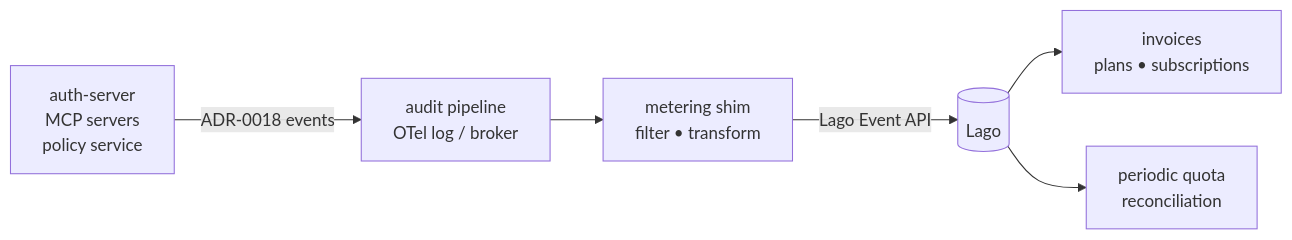
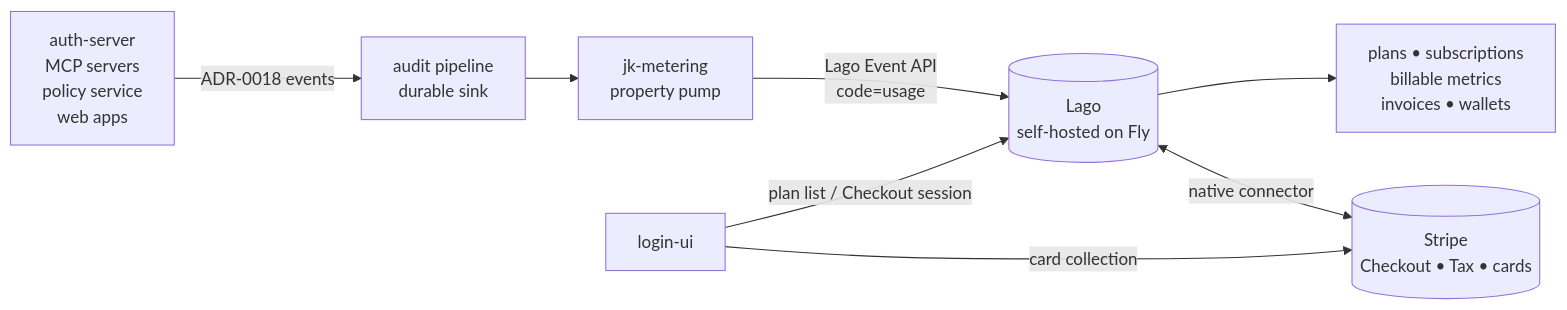
The third of 4 diagrams in docs/agentic-posture.md (jedi-knights/architecture), drawn with Mermaid before and after one commit. The commit also changed other lines of this file and 2 other files, not shown here.

````diff
--- a/docs/agentic-posture.md
+++ b/docs/agentic-posture.md
@@ -202,8 +208,10 @@
 ```mermaid
 graph LR
-    Services[auth-server<br/>MCP servers<br/>policy service] -->|ADR-0018 events| Audit[audit pipeline<br/>OTel log / broker]
-    Audit --> Meter[metering shim<br/>filter • transform]
-    Meter -->|Lago Event API| Lago[(Lago)]
-    Lago --> Inv[invoices<br/>plans • subscriptions]
-    Lago --> Quota[periodic quota<br/>reconciliation]
+    Services[auth-server<br/>MCP servers<br/>policy service<br/>web apps] -->|ADR-0018 events| Audit[audit pipeline<br/>durable sink]
+    Audit --> Meter[jk-metering<br/>property pump]
+    Meter -->|Lago Event API<br/>code=usage| Lago[(Lago<br/>self-hosted on Fly)]
+    Lago --> Inv[plans • subscriptions<br/>billable metrics<br/>invoices • wallets]
+    Lago <-->|native connector| Stripe[(Stripe<br/>Checkout • Tax • cards)]
+    LUI[login-ui] -->|plan list / Checkout session| Lago
+    LUI -->|card collection| Stripe
 ```
````
